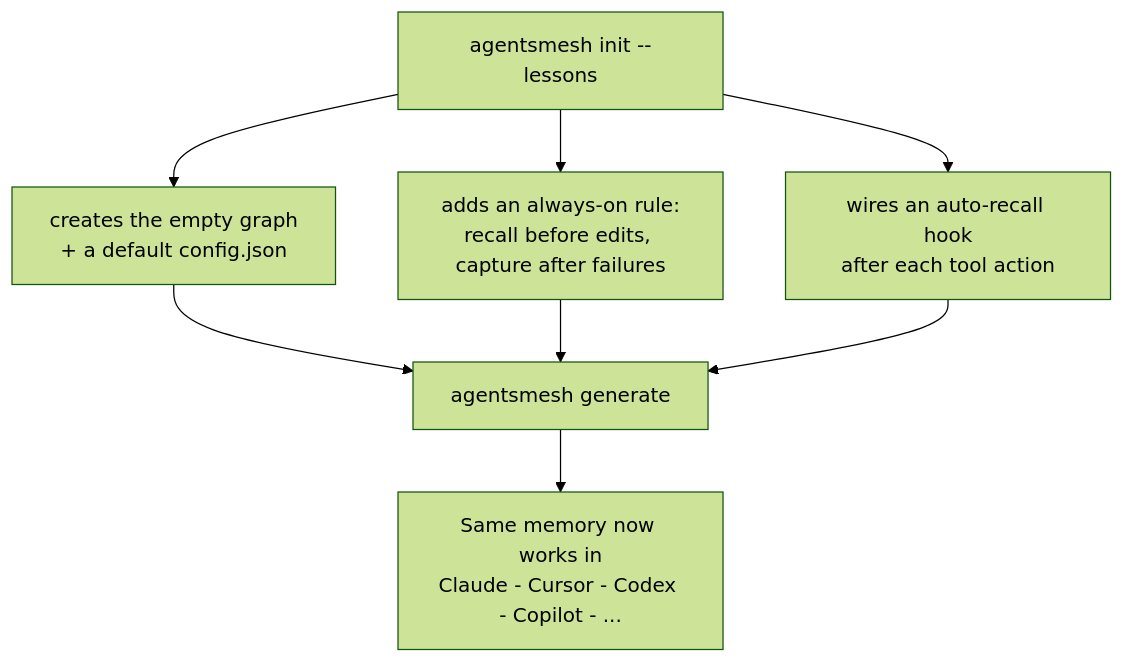
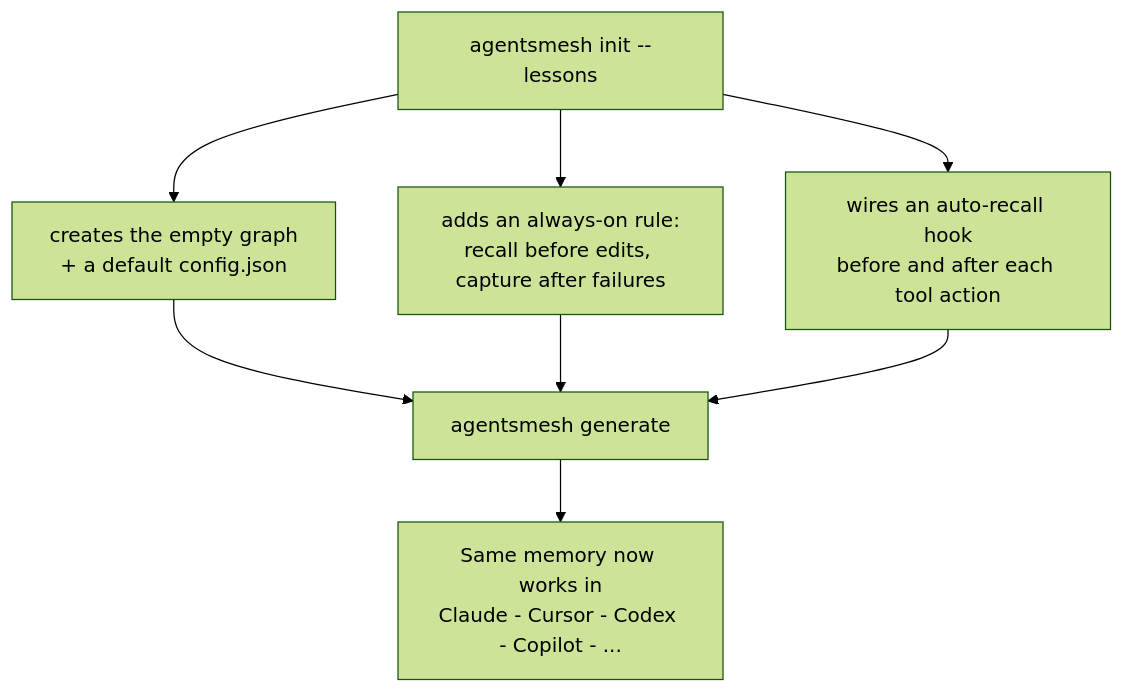
Before and after one commit to sampleXbro/agentsbridge: the third of 3 diagrams in docs/architecture/flows/lessons.md, drawn with Mermaid (forest theme). The commit also changed 3 other files, not shown here.

First line of the commit message:
docs(lessons): correct PreToolUse hook capability and recall-hook wiring

````diff
--- a/docs/architecture/flows/lessons.md
+++ b/docs/architecture/flows/lessons.md
@@ -51,11 +51,11 @@
 ```mermaid
 flowchart TD
     Init[agentsmesh init --lessons]
     Init --> G1[creates the empty graph<br/>+ a default config.json]
     Init --> G2[adds an always-on rule:<br/>recall before edits, capture after failures]
-    Init --> G3[wires an auto-recall hook<br/>after each tool action]
+    Init --> G3[wires an auto-recall hook<br/>before and after each tool action]
     G1 --> Gen[agentsmesh generate]
     G2 --> Gen
     G3 --> Gen
     Gen --> Tools[Same memory now works in<br/>Claude - Cursor - Codex - Copilot - ...]
 ```
````
